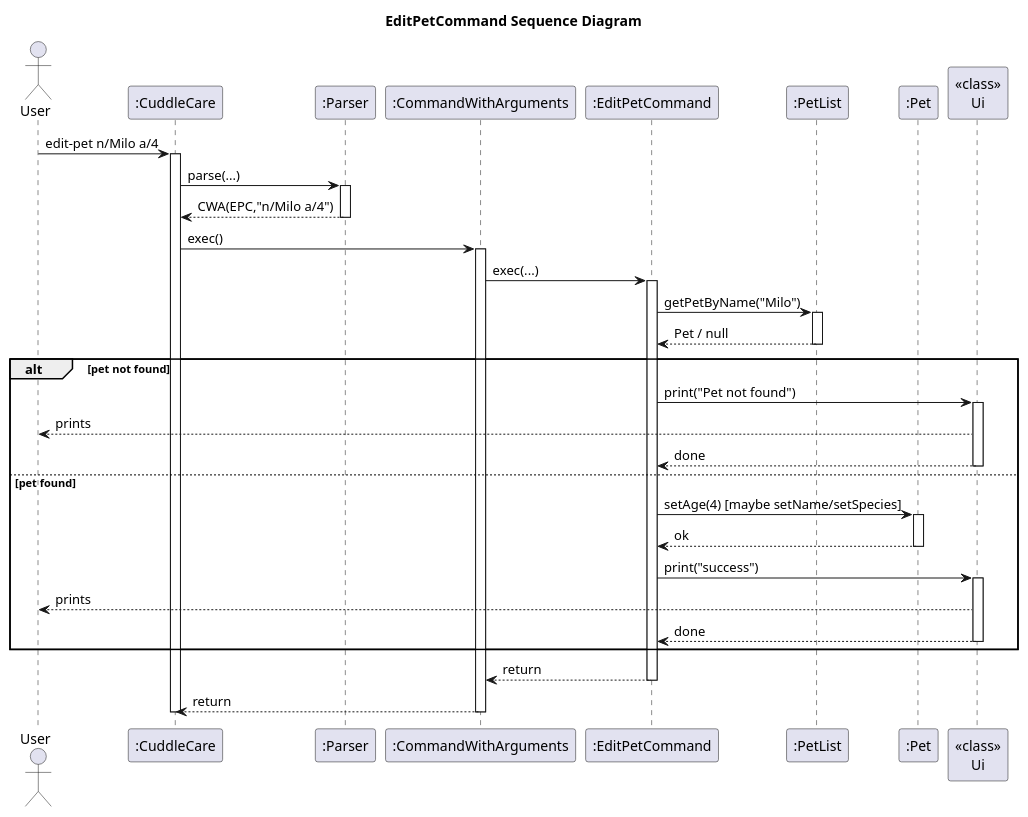
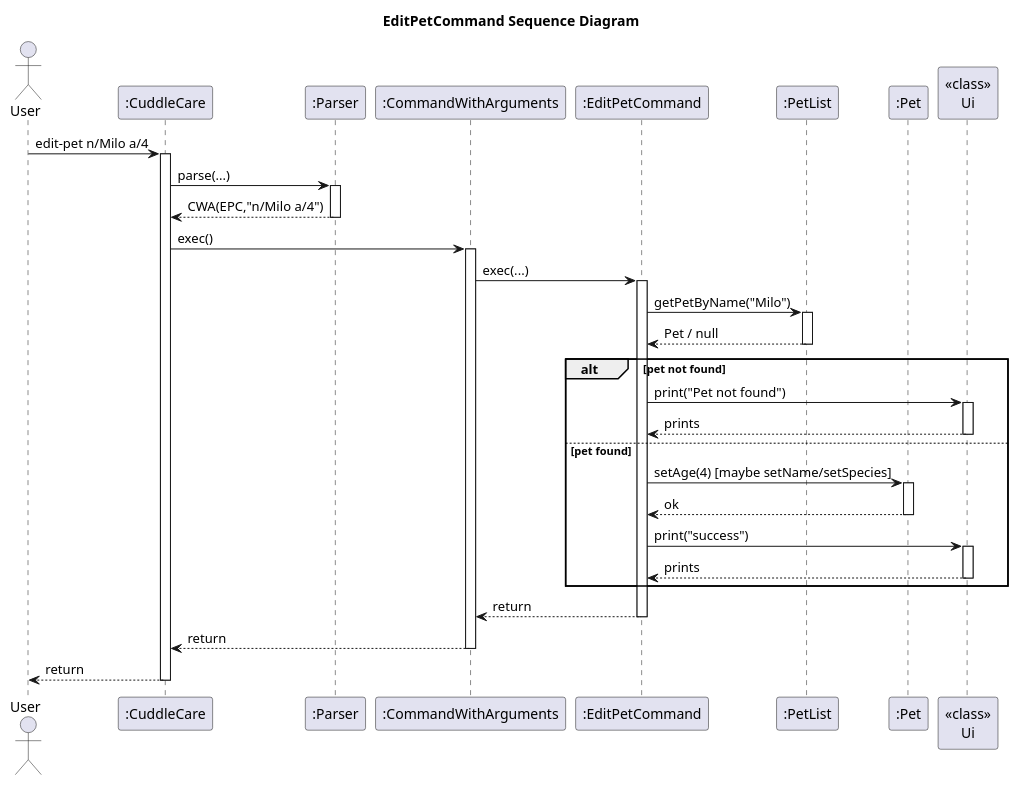
One commit to Kevin88866/tp changed the diagram in docs/uml/EditPetCommand_Sequence_Diagram.puml. Above: the diagram before and after it, drawn with PlantUML. The commit also changed 9 other files, not shown here.

Commit message:
modify sequence diagram

```diff
--- a/docs/uml/EditPetCommand_Sequence_Diagram.puml
+++ b/docs/uml/EditPetCommand_Sequence_Diagram.puml
@@ -1,51 +1,50 @@
 @startuml
 title EditPetCommand Sequence Diagram
 actor User
 participant ":CuddleCare" as CuddleCare
 participant ":Parser" as Parser
 participant ":CommandWithArguments" as CWA
 participant ":EditPetCommand" as EPC
 participant ":PetList" as PetList
 participant ":Pet" as Pet
 participant "<<class>>\nUi" as Ui
 
 User -> CuddleCare : edit-pet n/Milo a/4
 activate CuddleCare
 CuddleCare -> Parser : parse(...)
 activate Parser
 Parser --> CuddleCare : CWA(EPC,"n/Milo a/4")
 deactivate Parser
 
 CuddleCare -> CWA : exec()
 activate CWA
 CWA -> EPC : exec(...)
 activate EPC
 EPC -> PetList : getPetByName("Milo")
 activate PetList
 PetList --> EPC : Pet / null
 deactivate PetList
 
 alt pet not found
   EPC -> Ui : print("Pet not found")
   activate Ui
-  Ui --> User : prints
-  Ui --> EPC : done
+  Ui --> EPC : prints
   deactivate Ui
 else pet found
   EPC -> Pet : setAge(4) [maybe setName/setSpecies]
   activate Pet
   Pet --> EPC : ok
   deactivate Pet
   EPC -> Ui : print("success")
   activate Ui
-  Ui --> User : prints
-  Ui --> EPC : done
+  Ui --> EPC : prints
   deactivate Ui
 end
 
 EPC --> CWA : return
 deactivate EPC
 CWA --> CuddleCare : return
 deactivate CWA
+CuddleCare --> User : return
 deactivate CuddleCare
 @enduml
```
